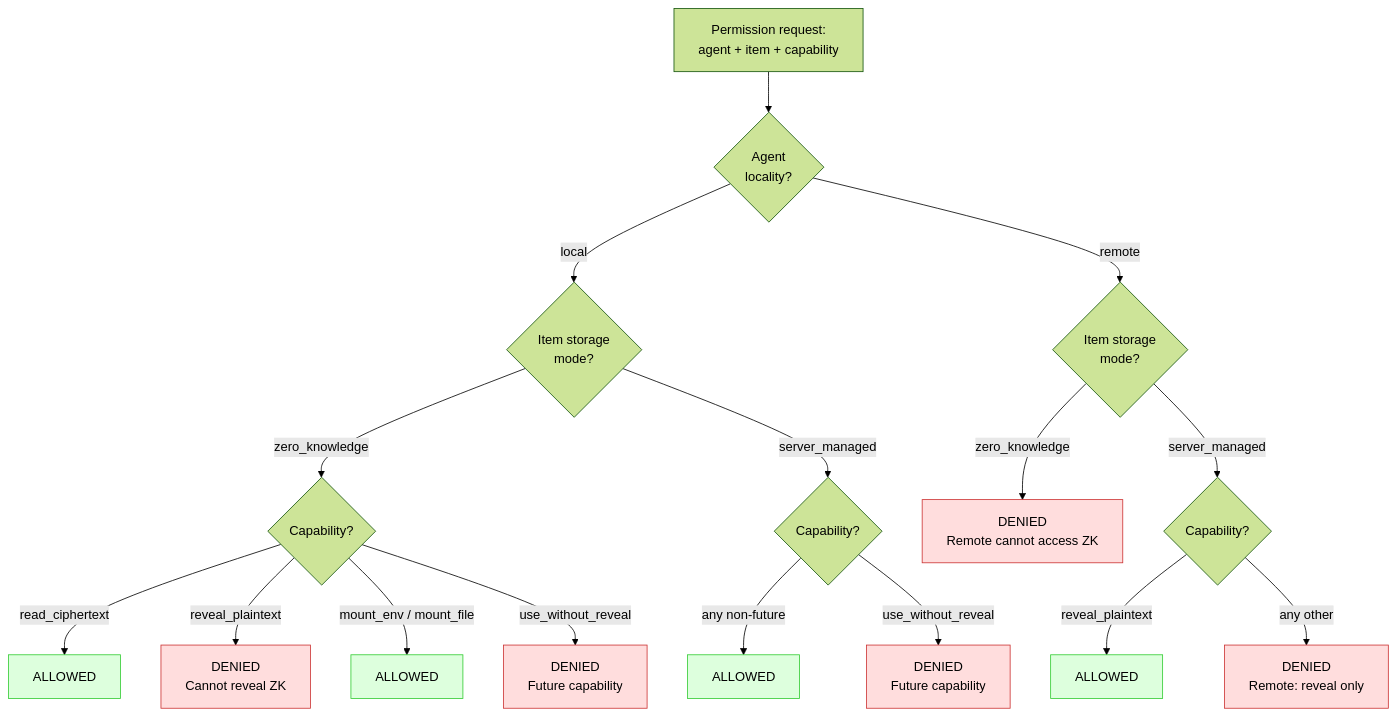
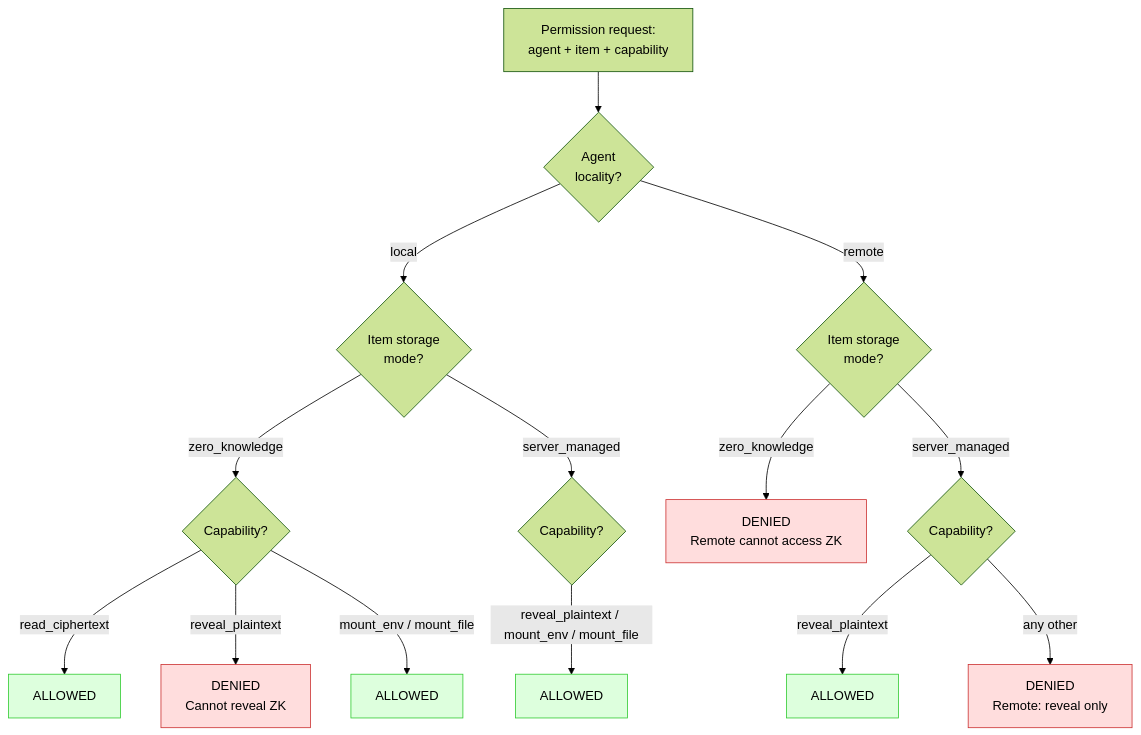
Before and after one commit to punitarani/abadge: the first of 2 diagrams in docs/CAPABILITY_MATRIX.md, drawn with Mermaid (forest theme). The commit also changed other lines of this file and 16 other files, not shown here.

````diff
--- a/docs/CAPABILITY_MATRIX.md
+++ b/docs/CAPABILITY_MATRIX.md
@@ -33,33 +31,28 @@
 ```mermaid
 flowchart TD
   START["Permission request:<br/>agent + item + capability"] --> LOC{"Agent<br/>locality?"}
 
   LOC -->|local| SM1{"Item storage<br/>mode?"}
   LOC -->|remote| SM2{"Item storage<br/>mode?"}
 
   SM1 -->|zero_knowledge| CAP1{"Capability?"}
   SM1 -->|server_managed| CAP2{"Capability?"}
   SM2 -->|zero_knowledge| DENY1["DENIED<br/>Remote cannot access ZK"]
   SM2 -->|server_managed| CAP3{"Capability?"}
 
   CAP1 -->|read_ciphertext| OK1["ALLOWED"]
   CAP1 -->|reveal_plaintext| DENY2["DENIED<br/>Cannot reveal ZK"]
   CAP1 -->|mount_env / mount_file| OK2["ALLOWED"]
-  CAP1 -->|use_without_reveal| DENY3["DENIED<br/>Future capability"]
-
-  CAP2 -->|any non-future| OK3["ALLOWED"]
-  CAP2 -->|use_without_reveal| DENY4["DENIED<br/>Future capability"]
+  CAP2 -->|reveal_plaintext / mount_env / mount_file| OK3["ALLOWED"]
 
   CAP3 -->|reveal_plaintext| OK4["ALLOWED"]
   CAP3 -->|any other| DENY5["DENIED<br/>Remote: reveal only"]
 
   style OK1 fill:#dfd,stroke:#3c3
   style OK2 fill:#dfd,stroke:#3c3
   style OK3 fill:#dfd,stroke:#3c3
   style OK4 fill:#dfd,stroke:#3c3
   style DENY1 fill:#fdd,stroke:#c33
   style DENY2 fill:#fdd,stroke:#c33
-  style DENY3 fill:#fdd,stroke:#c33
-  style DENY4 fill:#fdd,stroke:#c33
   style DENY5 fill:#fdd,stroke:#c33
 ```
````
